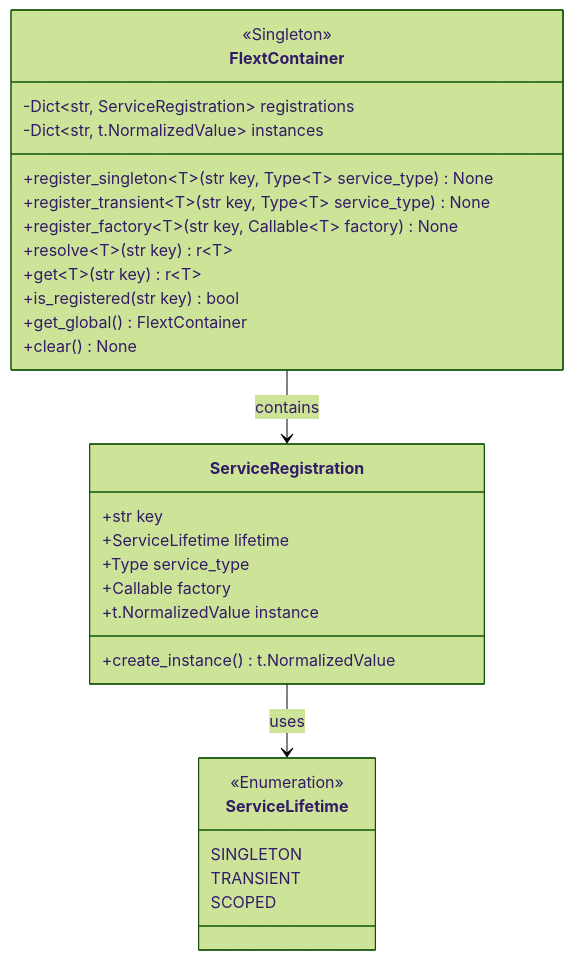
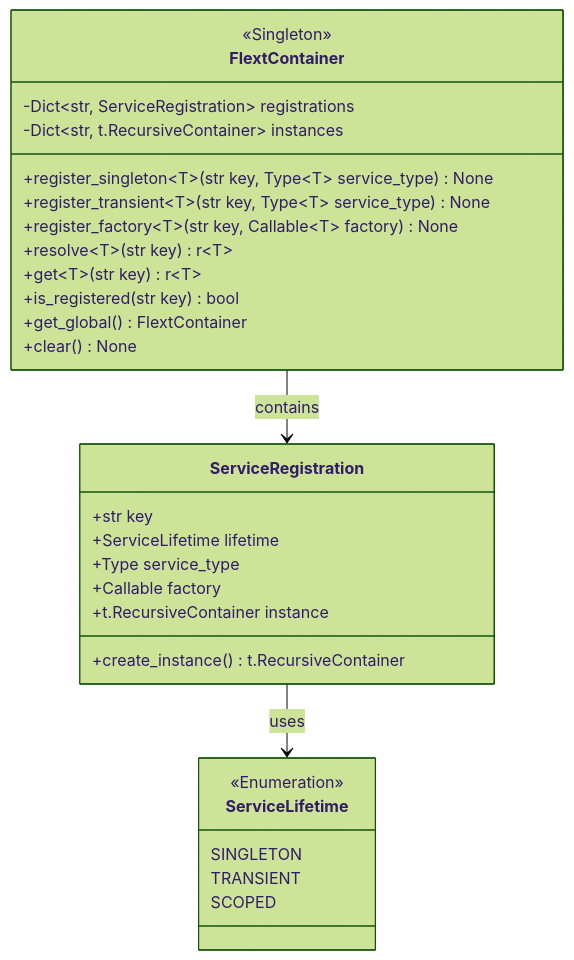
One commit to flext-sh/flext changed the second of 10 diagrams in docs/architecture/c4-model/code-diagrams.md. Above: the diagram before and after it, drawn with Mermaid (forest theme). The commit also changed other lines of this file and 64 other files, not shown here.

````diff
--- a/docs/architecture/c4-model/code-diagrams.md
+++ b/docs/architecture/c4-model/code-diagrams.md
@@ -94,35 +94,35 @@
 ```mermaid
 classDiagram
     class FlextContainer {
         <<Singleton>>
         -Dict~str, ServiceRegistration~ registrations
-        -Dict~str, t.NormalizedValue~ instances
+        -Dict~str, t.RecursiveContainer~ instances
         +register_singleton~T~(str key, Type~T~ service_type) None
         +register_transient~T~(str key, Type~T~ service_type) None
         +register_factory~T~(str key, Callable~T~ factory) None
         +resolve~T~(str key) r~T~
         +get~T~(str key) r~T~
         +is_registered(str key) bool
         +get_global() FlextContainer
         +clear() None
     }
 
     class ServiceRegistration {
         +str key
         +ServiceLifetime lifetime
         +Type service_type
         +Callable factory
-        +t.NormalizedValue instance
-        +create_instance() t.NormalizedValue
+        +t.RecursiveContainer instance
+        +create_instance() t.RecursiveContainer
     }
 
     class ServiceLifetime {
         <<Enumeration>>
         SINGLETON
         TRANSIENT
         SCOPED
     }
 
     FlextContainer --> ServiceRegistration : contains
     ServiceRegistration --> ServiceLifetime : uses
 ```
````
